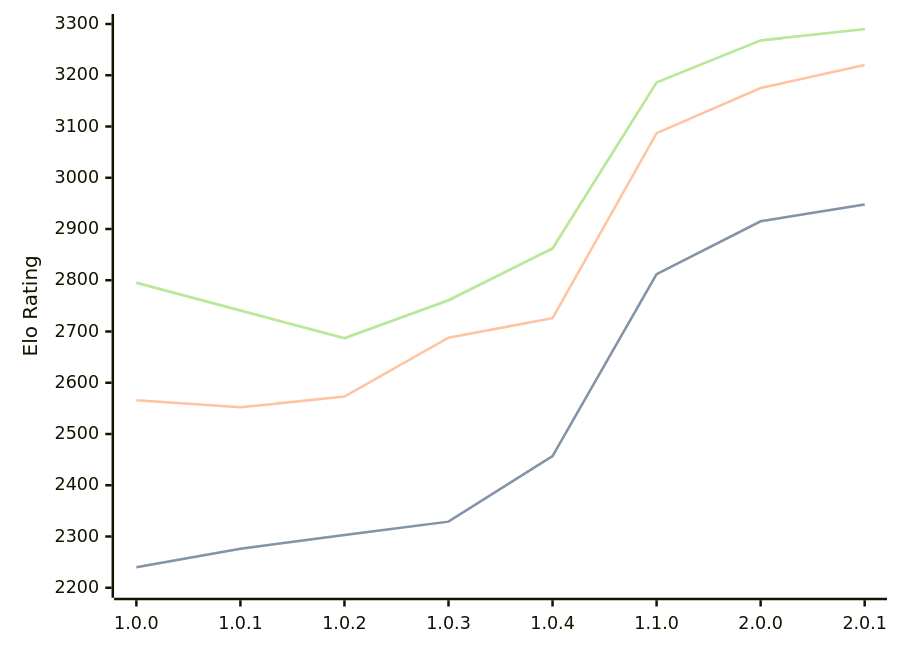
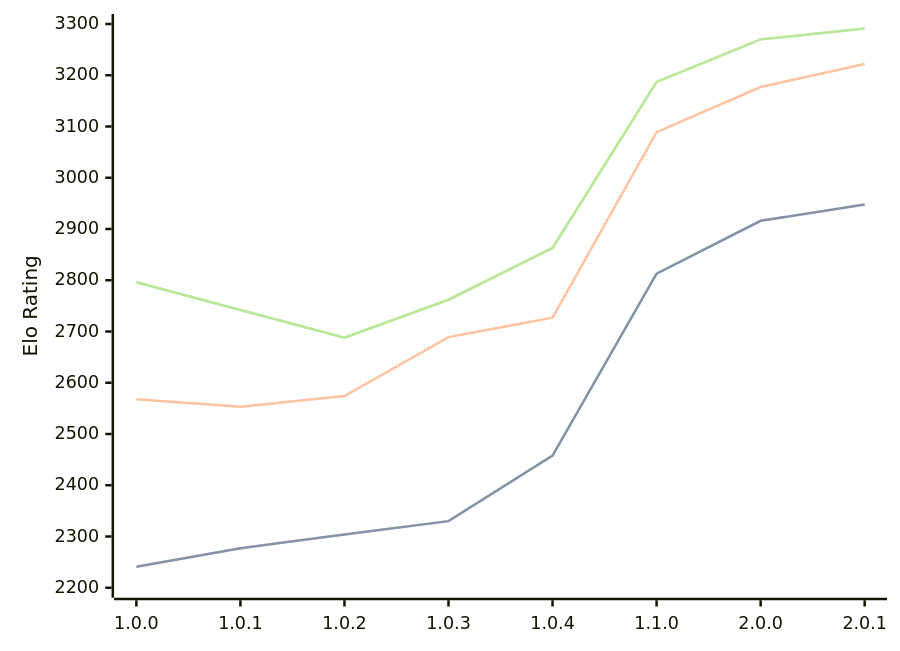
The diagram in engines/Grail.md (computer-chess-index/cci), drawn with Mermaid before and after one commit. The commit also changed other lines of this file, not shown here.

Commit message:
Update CCI Ratings (ELO VLTC) - 2026-10-09

````diff
--- a/engines/Grail.md
+++ b/engines/Grail.md
@@ -38,11 +38,11 @@
 ```mermaid
 %%{init: {"theme":"base","themeVariables":{"seriesColors:['#a3a3a3','#222221','#faa371']}}}%%
 xychart-beta
   x-axis ["1.0.0", "1.0.1", "1.0.2", "1.0.3", "1.0.4", "1.1.0", "2.0.0", "2.0.1"]
   y-axis "Elo Rating" 2200 --> 3300
-  line "" [2240, 2276, 2303, 2329, 2457, 2812, 2915, 2948]
-  line "STC (8.0+0.08s)" [2240, 2276, 2303, 2329, 2457, 2812, 2915, 2948]
-  line "LTC (60.0+0.60s)" [2566, 2552, 2573, 2688, 2726, 3087, 3175, 3220]
-  line "" [2795, 2741, 2687, 2761, 2862, 3186, 3268, 3290]
-  line "VLTC (2m24s+1.12s)" [2795, 2741, 2687, 2761, 2862, 3186, 3268, 3290]
+  line "" [2241, 2277, 2304, 2330, 2458, 2813, 2916, 2948]
+  line "STC (8.0+0.08s)" [2241, 2277, 2304, 2330, 2458, 2813, 2916, 2948]
+  line "LTC (60.0+0.60s)" [2568, 2553, 2574, 2689, 2727, 3089, 3177, 3222]
+  line "" [2796, 2742, 2688, 2762, 2863, 3187, 3270, 3291]
+  line "VLTC (2m24s+1.12s)" [2796, 2742, 2688, 2762, 2863, 3187, 3270, 3291]
 ```
````
